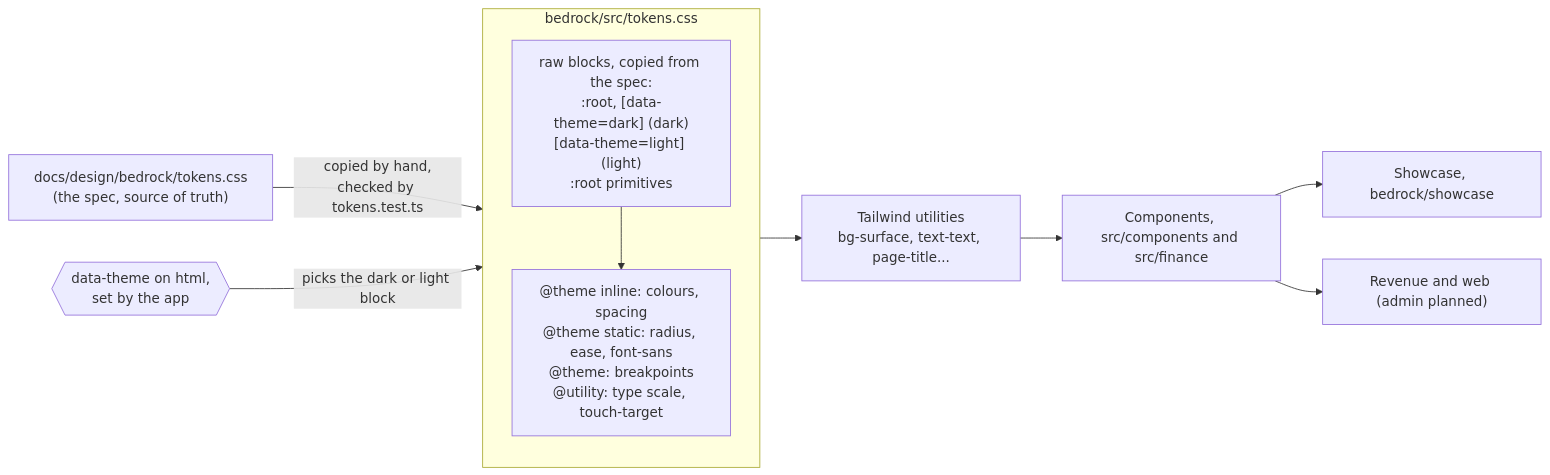
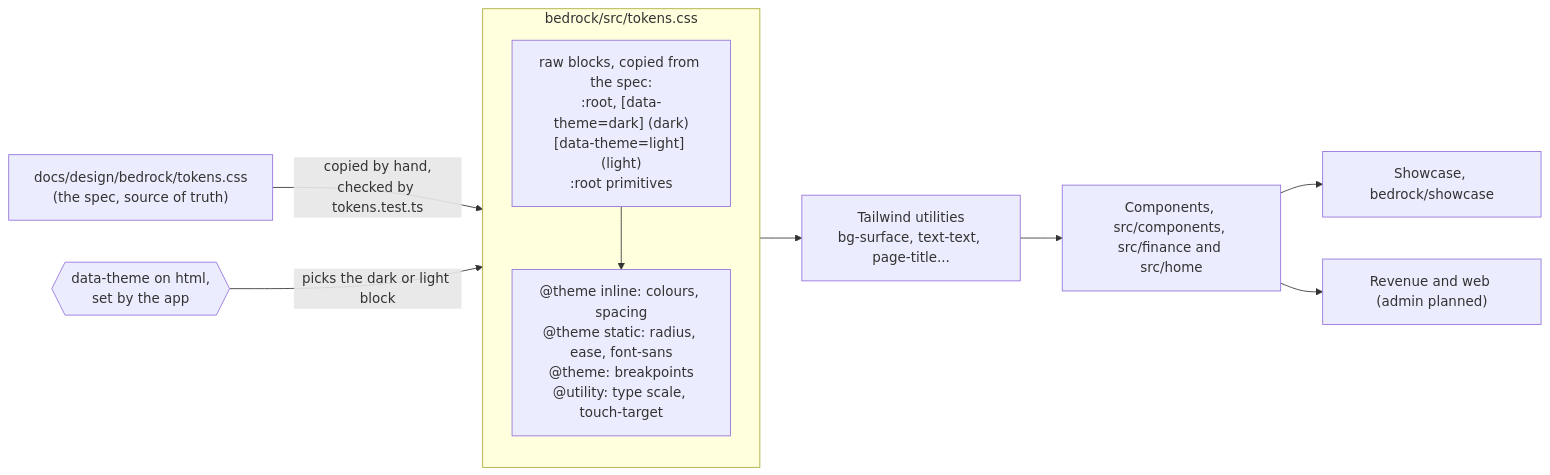
One commit to AbnerWillclefy/Homeowner changed the second of 2 diagrams in docs/architecture/bedrock.md. Above: the diagram before and after it, drawn with Mermaid.

Commit message:
docs(architecture): token flow diagram names the home layer (#927)

````diff
--- a/docs/architecture/bedrock.md
+++ b/docs/architecture/bedrock.md
@@ -48,20 +48,20 @@
 ```mermaid
 flowchart LR
     SPEC["docs/design/bedrock/tokens.css<br/>(the spec, source of truth)"]
     subgraph TOK["bedrock/src/tokens.css"]
       direction TB
       RAW["raw blocks, copied from the spec:<br/>:root, [data-theme=dark] (dark)<br/>[data-theme=light] (light)<br/>:root primitives"]
       TW["@theme inline: colours, spacing<br/>@theme static: radius, ease, font-sans<br/>@theme: breakpoints<br/>@utility: type scale, touch-target"]
       RAW --> TW
     end
     SW{{"data-theme on html,<br/>set by the app"}}
     UTIL["Tailwind utilities<br/>bg-surface, text-text, page-title..."]
-    COMP["Components, src/components and src/finance"]
+    COMP["Components, src/components, src/finance and src/home"]
     SHOW["Showcase, bedrock/showcase"]
     APP["Revenue and web (admin planned)"]
     SPEC -->|"copied by hand,<br/>checked by tokens.test.ts"| RAW
     SW -->|"picks the dark or light block"| RAW
     TW --> UTIL --> COMP
     COMP --> SHOW
     COMP --> APP
 ```
````
